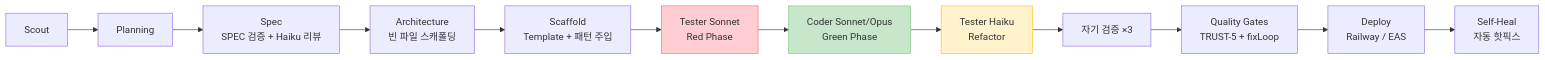
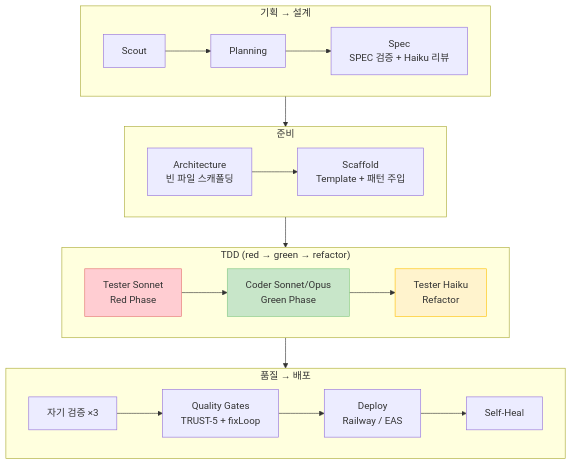
One commit to alswp006/alswp006.github.io changed the diagram in _posts/project/ai-factory/2026-03-20-ai-factory-5.md. Above: the diagram before and after it, drawn with Mermaid. The commit also changed 3 other files, not shown here.

First line of the commit message:
style: mermaid 가로/세로 균형 레이아웃 - 행별 3~4노드 배치

````diff
--- a/_posts/project/ai-factory/2026-03-20-ai-factory-5.md
+++ b/_posts/project/ai-factory/2026-03-20-ai-factory-5.md
@@ -401,18 +401,23 @@
 ```mermaid
-flowchart LR
-    Scout["Scout"] --> Planning["Planning"]
-    Planning --> Spec["Spec\nSPEC 검증 + Haiku 리뷰"]
-    Spec --> Arch["Architecture\n빈 파일 스캐폴딩"]
-    Arch --> Scaffold["Scaffold\nTemplate + 패턴 주입"]
-    Scaffold --> Red["Tester Sonnet\nRed Phase"]
-    Red --> Green["Coder Sonnet/Opus\nGreen Phase"]
-    Green --> Refactor["Tester Haiku\nRefactor"]
-    Refactor --> Check["자기 검증 ×3"]
-    Check --> Gates["Quality Gates\nTRUST-5 + fixLoop"]
-    Gates --> Deploy["Deploy\nRailway / EAS"]
-    Deploy --> Heal["Self-Heal\n자동 핫픽스"]
-
+flowchart TD
+    subgraph row1 ["기획 → 설계"]
+        direction LR
+        Scout["Scout"] --> Planning["Planning"] --> Spec["Spec\nSPEC 검증 + Haiku 리뷰"]
+    end
+    subgraph row2 ["준비"]
+        direction LR
+        Arch["Architecture\n빈 파일 스캐폴딩"] --> Scaffold["Scaffold\nTemplate + 패턴 주입"]
+    end
+    subgraph row3 ["TDD (red → green → refactor)"]
+        direction LR
+        Red["Tester Sonnet\nRed Phase"] --> Green["Coder Sonnet/Opus\nGreen Phase"] --> Refactor["Tester Haiku\nRefactor"]
+    end
+    subgraph row4 ["품질 → 배포"]
+        direction LR
+        Check["자기 검증 ×3"] --> Gates["Quality Gates\nTRUST-5 + fixLoop"] --> Deploy["Deploy\nRailway / EAS"] --> Heal["Self-Heal"]
+    end
+    row1 --> row2 --> row3 --> row4
     style Red fill:#ffcdd2,stroke:#e57373
     style Green fill:#c8e6c9,stroke:#81c784
     style Refactor fill:#fff3cd,stroke:#ffc107
 ```
````
